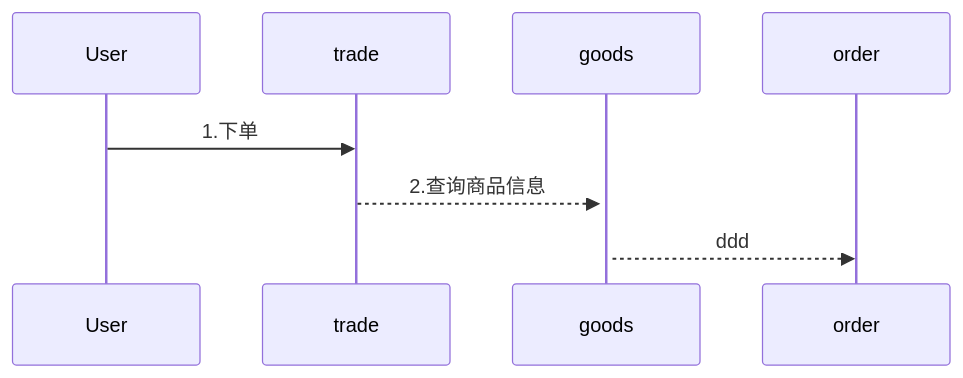
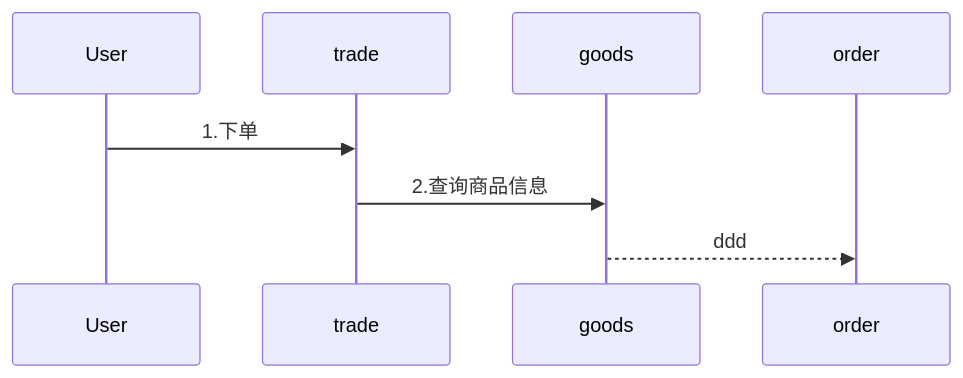
The diagram in all/未命名-6.md (yingjianzh/iodraw-files), drawn with Mermaid before and after one commit.

Commit message:
2024-08-19 14:59:26 update

````diff
--- a/all/未命名-6.md
+++ b/all/未命名-6.md
@@ -1,6 +1,6 @@
 ```mermaid
 sequenceDiagram
     User->>trade: 1.下单
-    trade-->>+goods: 2.查询商品信息
+    trade->>goods: 2.查询商品信息
     goods-->>order: ddd
 ```
````
